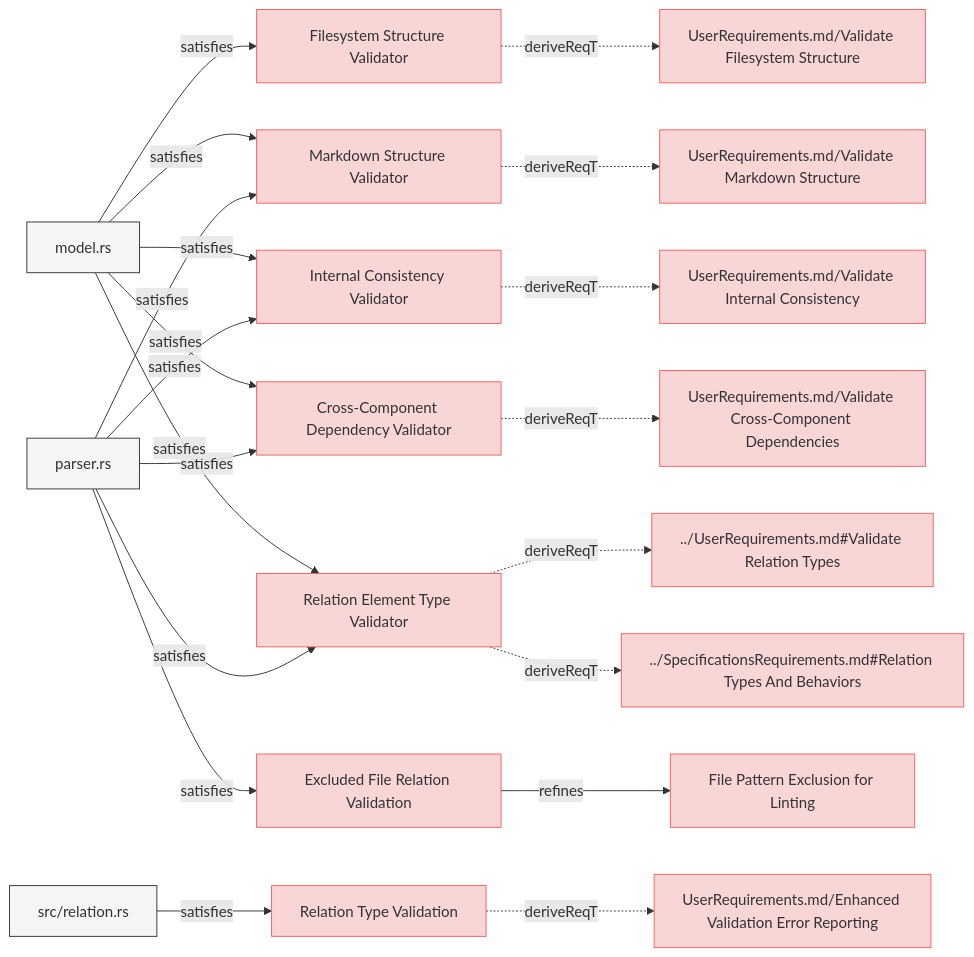
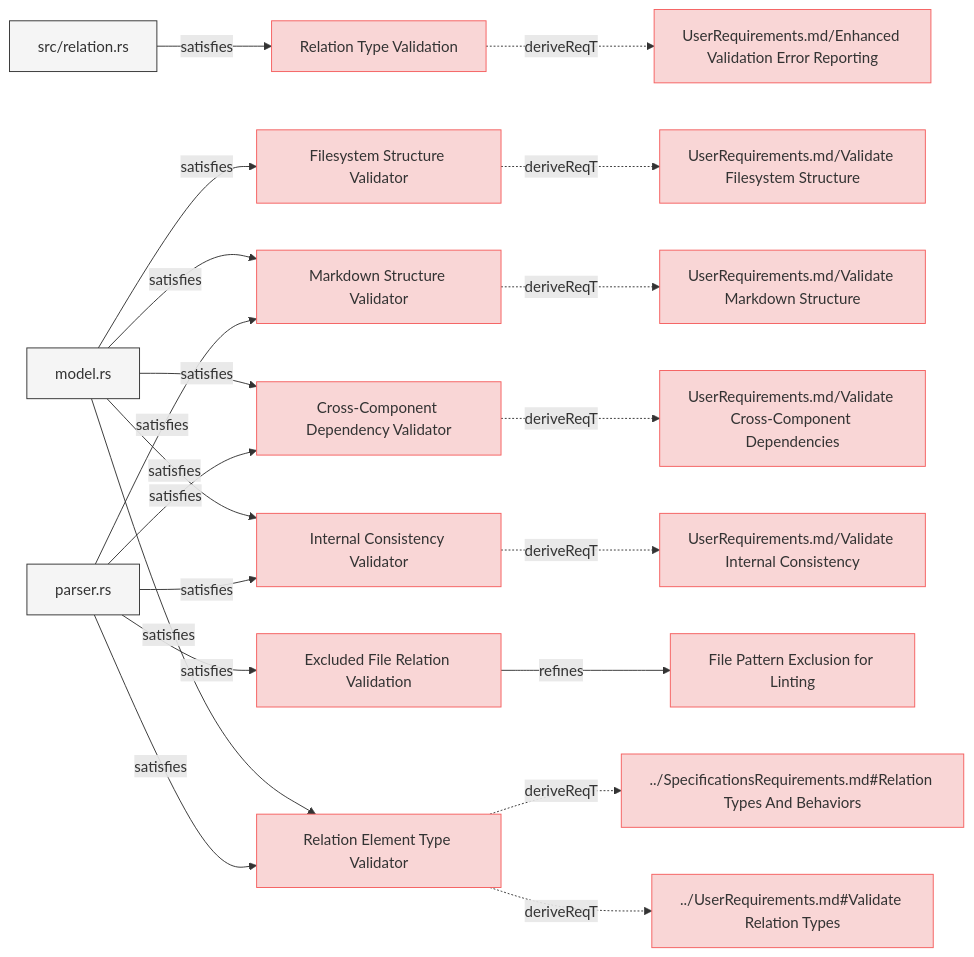
One commit to reqvire-org/reqvire changed the seventh of 8 diagrams in specifications/SystemRequirements/Requirements.md. Above: the diagram before and after it, drawn with Mermaid. The commit also changed other lines of this file and 17 other files, not shown here.

Commit message:
Auto-generate diagrams after PR merge to main

````diff
--- a/specifications/SystemRequirements/Requirements.md
+++ b/specifications/SystemRequirements/Requirements.md
@@ -894,82 +894,82 @@
 ```mermaid
 graph LR;
   %% Graph styling
   classDef requirement fill:#f9d6d6,stroke:#f55f5f,stroke-width:1px;
   classDef verification fill:#d6f9d6,stroke:#5fd75f,stroke-width:1px;
   classDef externalLink fill:#d0e0ff,stroke:#3080ff,stroke-width:1px;
   classDef default fill:#f5f5f5,stroke:#333333,stroke-width:1px;
 
-  ec201a112c9de469["Filesystem Structure Validator"];
-  click ec201a112c9de469 "https://github.com/ilijaljubicic/ReqFlow/blob/29a17f176519a28e973567d4102beb95f41075ed/specifications/SystemRequirements/Requirements.md#filesystem-structure-validator";
-  class ec201a112c9de469 requirement;
-  d834cc4bc9dbb07c["UserRequirements.md/Validate Filesystem Structure"];
-  class d834cc4bc9dbb07c requirement;
-  click d834cc4bc9dbb07c "https://github.com/ilijaljubicic/ReqFlow/blob/29a17f176519a28e973567d4102beb95f41075ed/specifications/UserRequirements.md#validate-filesystem-structure";
-  ec201a112c9de469 -.->|deriveReqT| d834cc4bc9dbb07c;
-  6136c216c9f80165["model.rs"];
-  class 6136c216c9f80165 default;
-  click 6136c216c9f80165 "https://github.com/ilijaljubicic/ReqFlow/blob/29a17f176519a28e973567d4102beb95f41075ed/core/src/model.rs";
-  6136c216c9f80165 -->|satisfies| ec201a112c9de469;
-  887db62e0fb2818d["Markdown Structure Validator"];
-  click 887db62e0fb2818d "https://github.com/ilijaljubicic/ReqFlow/blob/29a17f176519a28e973567d4102beb95f41075ed/specifications/SystemRequirements/Requirements.md#markdown-structure-validator";
-  class 887db62e0fb2818d requirement;
-  7b1772417b3ad5e["UserRequirements.md/Validate Markdown Structure"];
-  class 7b1772417b3ad5e requirement;
-  click 7b1772417b3ad5e "https://github.com/ilijaljubicic/ReqFlow/blob/29a17f176519a28e973567d4102beb95f41075ed/specifications/UserRequirements.md#validate-markdown-structure";
-  887db62e0fb2818d -.->|deriveReqT| 7b1772417b3ad5e;
-  6136c216c9f80165 -->|satisfies| 887db62e0fb2818d;
-  3b1e87396caf6495["parser.rs"];
-  class 3b1e87396caf6495 default;
-  click 3b1e87396caf6495 "https://github.com/ilijaljubicic/ReqFlow/blob/29a17f176519a28e973567d4102beb95f41075ed/core/src/parser.rs";
-  3b1e87396caf6495 -->|satisfies| 887db62e0fb2818d;
-  5870488e00ee4f36["Relation Type Validation"];
-  click 5870488e00ee4f36 "https://github.com/ilijaljubicic/ReqFlow/blob/29a17f176519a28e973567d4102beb95f41075ed/specifications/SystemRequirements/Requirements.md#relation-type-validation";
-  class 5870488e00ee4f36 requirement;
-  7cf5cf9900076be6["UserRequirements.md/Enhanced Validation Error Reporting"];
-  class 7cf5cf9900076be6 requirement;
-  click 7cf5cf9900076be6 "https://github.com/ilijaljubicic/ReqFlow/blob/29a17f176519a28e973567d4102beb95f41075ed/specifications/UserRequirements.md#enhanced-validation-error-reporting";
-  5870488e00ee4f36 -.->|deriveReqT| 7cf5cf9900076be6;
-  ed4f94bde93b51b2["src/relation.rs"];
-  class ed4f94bde93b51b2 default;
-  click ed4f94bde93b51b2 "https://github.com/ilijaljubicic/ReqFlow/blob/29a17f176519a28e973567d4102beb95f41075ed/core/src/relation.rs";
-  ed4f94bde93b51b2 -->|satisfies| 5870488e00ee4f36;
-  1c2e7c81f9f01e10["Internal Consistency Validator"];
-  click 1c2e7c81f9f01e10 "https://github.com/ilijaljubicic/ReqFlow/blob/29a17f176519a28e973567d4102beb95f41075ed/specifications/SystemRequirements/Requirements.md#internal-consistency-validator";
-  class 1c2e7c81f9f01e10 requirement;
-  9e524ac696c43a26["UserRequirements.md/Validate Internal Consistency"];
-  class 9e524ac696c43a26 requirement;
-  click 9e524ac696c43a26 "https://github.com/ilijaljubicic/ReqFlow/blob/29a17f176519a28e973567d4102beb95f41075ed/specifications/UserRequirements.md#validate-internal-consistency";
-  1c2e7c81f9f01e10 -.->|deriveReqT| 9e524ac696c43a26;
-  6136c216c9f80165 -->|satisfies| 1c2e7c81f9f01e10;
-  3b1e87396caf6495 -->|satisfies| 1c2e7c81f9f01e10;
-  c7d88aff4ec97281["Cross-Component Dependency Validator"];
-  click c7d88aff4ec97281 "https://github.com/ilijaljubicic/ReqFlow/blob/29a17f176519a28e973567d4102beb95f41075ed/specifications/SystemRequirements/Requirements.md#cross-component-dependency-validator";
-  class c7d88aff4ec97281 requirement;
-  6e40bf9f83a718fa["UserRequirements.md/Validate Cross-Component Dependencies"];
-  class 6e40bf9f83a718fa requirement;
-  click 6e40bf9f83a718fa "https://github.com/ilijaljubicic/ReqFlow/blob/29a17f176519a28e973567d4102beb95f41075ed/specifications/UserRequirements.md#validate-cross-component-dependencies";
-  c7d88aff4ec97281 -.->|deriveReqT| 6e40bf9f83a718fa;
-  6136c216c9f80165 -->|satisfies| c7d88aff4ec97281;
-  3b1e87396caf6495 -->|satisfies| c7d88aff4ec97281;
-  212d1317cd2b25fc["Relation Element Type Validator"];
-  click 212d1317cd2b25fc "https://github.com/ilijaljubicic/ReqFlow/blob/29a17f176519a28e973567d4102beb95f41075ed/specifications/SystemRequirements/Requirements.md#relation-element-type-validator";
-  class 212d1317cd2b25fc requirement;
-  e587d63764466914["../UserRequirements.md#Validate Relation Types"];
-  class e587d63764466914 requirement;
-  click e587d63764466914 "https://github.com/ilijaljubicic/ReqFlow/blob/29a17f176519a28e973567d4102beb95f41075ed/specifications/UserRequirements.md#validate-relation-types";
-  212d1317cd2b25fc -.->|deriveReqT| e587d63764466914;
-  4f0d2b5f5597a8c9["../SpecificationsRequirements.md#Relation Types And Behaviors"];
-  class 4f0d2b5f5597a8c9 requirement;
-  click 4f0d2b5f5597a8c9 "https://github.com/ilijaljubicic/ReqFlow/blob/29a17f176519a28e973567d4102beb95f41075ed/specifications/SpecificationsRequirements.md#relation-types-and-behaviors";
-  212d1317cd2b25fc -.->|deriveReqT| 4f0d2b5f5597a8c9;
-  6136c216c9f80165 -->|satisfies| 212d1317cd2b25fc;
-  3b1e87396caf6495 -->|satisfies| 212d1317cd2b25fc;
-  c5c85bedd1cf11e6["Excluded File Relation Validation"];
-  click c5c85bedd1cf11e6 "https://github.com/ilijaljubicic/ReqFlow/blob/29a17f176519a28e973567d4102beb95f41075ed/specifications/SystemRequirements/Requirements.md#excluded-file-relation-validation";
-  class c5c85bedd1cf11e6 requirement;
-  45770e9b319d3819["File Pattern Exclusion for Linting"];
-  class 45770e9b319d3819 requirement;
-  click 45770e9b319d3819 "https://github.com/ilijaljubicic/ReqFlow/blob/29a17f176519a28e973567d4102beb95f41075ed/specifications/SystemRequirements/Requirements.md#file-pattern-exclusion-for-linting";
-  c5c85bedd1cf11e6 -->|refines| 45770e9b319d3819;
-  3b1e87396caf6495 -->|satisfies| c5c85bedd1cf11e6;
+  7390fcf6e2c328f4["Relation Type Validation"];
+  click 7390fcf6e2c328f4 "https://github.com/ilijaljubicic/ReqFlow/blob/73d5ae1d93adea71fdf4cc508be4d1ae09be068f/specifications/SystemRequirements/Requirements.md#relation-type-validation";
+  class 7390fcf6e2c328f4 requirement;
+  ad1bea65795cf377["UserRequirements.md/Enhanced Validation Error Reporting"];
+  class ad1bea65795cf377 requirement;
+  click ad1bea65795cf377 "https://github.com/ilijaljubicic/ReqFlow/blob/73d5ae1d93adea71fdf4cc508be4d1ae09be068f/specifications/UserRequirements.md#enhanced-validation-error-reporting";
+  7390fcf6e2c328f4 -.->|deriveReqT| ad1bea65795cf377;
+  79753a9e8064fc6f["src/relation.rs"];
+  class 79753a9e8064fc6f default;
+  click 79753a9e8064fc6f "https://github.com/ilijaljubicic/ReqFlow/blob/73d5ae1d93adea71fdf4cc508be4d1ae09be068f/core/src/relation.rs";
+  79753a9e8064fc6f -->|satisfies| 7390fcf6e2c328f4;
+  9b1583400f6bf5ee["Relation Element Type Validator"];
+  click 9b1583400f6bf5ee "https://github.com/ilijaljubicic/ReqFlow/blob/73d5ae1d93adea71fdf4cc508be4d1ae09be068f/specifications/SystemRequirements/Requirements.md#relation-element-type-validator";
+  class 9b1583400f6bf5ee requirement;
+  d5b992a94f4d6669["../UserRequirements.md#Validate Relation Types"];
+  class d5b992a94f4d6669 requirement;
+  click d5b992a94f4d6669 "https://github.com/ilijaljubicic/ReqFlow/blob/73d5ae1d93adea71fdf4cc508be4d1ae09be068f/specifications/UserRequirements.md#validate-relation-types";
+  9b1583400f6bf5ee -.->|deriveReqT| d5b992a94f4d6669;
+  fc5be549cefb3c18["../SpecificationsRequirements.md#Relation Types And Behaviors"];
+  class fc5be549cefb3c18 requirement;
+  click fc5be549cefb3c18 "https://github.com/ilijaljubicic/ReqFlow/blob/73d5ae1d93adea71fdf4cc508be4d1ae09be068f/specifications/SpecificationsRequirements.md#relation-types-and-behaviors";
+  9b1583400f6bf5ee -.->|deriveReqT| fc5be549cefb3c18;
+  9efd257c4e6a45f9["model.rs"];
+  class 9efd257c4e6a45f9 default;
+  click 9efd257c4e6a45f9 "https://github.com/ilijaljubicic/ReqFlow/blob/73d5ae1d93adea71fdf4cc508be4d1ae09be068f/core/src/model.rs";
+  9efd257c4e6a45f9 -->|satisfies| 9b1583400f6bf5ee;
+  f92be9685a777557["parser.rs"];
+  class f92be9685a777557 default;
+  click f92be9685a777557 "https://github.com/ilijaljubicic/ReqFlow/blob/73d5ae1d93adea71fdf4cc508be4d1ae09be068f/core/src/parser.rs";
+  f92be9685a777557 -->|satisfies| 9b1583400f6bf5ee;
+  7935aaa03aa8e66b["Internal Consistency Validator"];
+  click 7935aaa03aa8e66b "https://github.com/ilijaljubicic/ReqFlow/blob/73d5ae1d93adea71fdf4cc508be4d1ae09be068f/specifications/SystemRequirements/Requirements.md#internal-consistency-validator";
+  class 7935aaa03aa8e66b requirement;
+  38ec9e189e6980d7["UserRequirements.md/Validate Internal Consistency"];
+  class 38ec9e189e6980d7 requirement;
+  click 38ec9e189e6980d7 "https://github.com/ilijaljubicic/ReqFlow/blob/73d5ae1d93adea71fdf4cc508be4d1ae09be068f/specifications/UserRequirements.md#validate-internal-consistency";
+  7935aaa03aa8e66b -.->|deriveReqT| 38ec9e189e6980d7;
+  9efd257c4e6a45f9 -->|satisfies| 7935aaa03aa8e66b;
+  f92be9685a777557 -->|satisfies| 7935aaa03aa8e66b;
+  7b4503ebc3c5f5a9["Cross-Component Dependency Validator"];
+  click 7b4503ebc3c5f5a9 "https://github.com/ilijaljubicic/ReqFlow/blob/73d5ae1d93adea71fdf4cc508be4d1ae09be068f/specifications/SystemRequirements/Requirements.md#cross-component-dependency-validator";
+  class 7b4503ebc3c5f5a9 requirement;
+  a6c1d4d1f6866aa8["UserRequirements.md/Validate Cross-Component Dependencies"];
+  class a6c1d4d1f6866aa8 requirement;
+  click a6c1d4d1f6866aa8 "https://github.com/ilijaljubicic/ReqFlow/blob/73d5ae1d93adea71fdf4cc508be4d1ae09be068f/specifications/UserRequirements.md#validate-cross-component-dependencies";
+  7b4503ebc3c5f5a9 -.->|deriveReqT| a6c1d4d1f6866aa8;
+  9efd257c4e6a45f9 -->|satisfies| 7b4503ebc3c5f5a9;
+  f92be9685a777557 -->|satisfies| 7b4503ebc3c5f5a9;
+  8e8279e74b2e2559["Excluded File Relation Validation"];
+  click 8e8279e74b2e2559 "https://github.com/ilijaljubicic/ReqFlow/blob/73d5ae1d93adea71fdf4cc508be4d1ae09be068f/specifications/SystemRequirements/Requirements.md#excluded-file-relation-validation";
+  class 8e8279e74b2e2559 requirement;
+  c2d5791e32e75081["File Pattern Exclusion for Linting"];
+  class c2d5791e32e75081 requirement;
+  click c2d5791e32e75081 "https://github.com/ilijaljubicic/ReqFlow/blob/73d5ae1d93adea71fdf4cc508be4d1ae09be068f/specifications/SystemRequirements/Requirements.md#file-pattern-exclusion-for-linting";
+  8e8279e74b2e2559 -->|refines| c2d5791e32e75081;
+  f92be9685a777557 -->|satisfies| 8e8279e74b2e2559;
+  262d5293f581f05["Markdown Structure Validator"];
+  click 262d5293f581f05 "https://github.com/ilijaljubicic/ReqFlow/blob/73d5ae1d93adea71fdf4cc508be4d1ae09be068f/specifications/SystemRequirements/Requirements.md#markdown-structure-validator";
+  class 262d5293f581f05 requirement;
+  cc431fdb7d8cadde["UserRequirements.md/Validate Markdown Structure"];
+  class cc431fdb7d8cadde requirement;
+  click cc431fdb7d8cadde "https://github.com/ilijaljubicic/ReqFlow/blob/73d5ae1d93adea71fdf4cc508be4d1ae09be068f/specifications/UserRequirements.md#validate-markdown-structure";
+  262d5293f581f05 -.->|deriveReqT| cc431fdb7d8cadde;
+  9efd257c4e6a45f9 -->|satisfies| 262d5293f581f05;
+  f92be9685a777557 -->|satisfies| 262d5293f581f05;
+  9b1401003376cb94["Filesystem Structure Validator"];
+  click 9b1401003376cb94 "https://github.com/ilijaljubicic/ReqFlow/blob/73d5ae1d93adea71fdf4cc508be4d1ae09be068f/specifications/SystemRequirements/Requirements.md#filesystem-structure-validator";
+  class 9b1401003376cb94 requirement;
+  c95011b2518dcd9d["UserRequirements.md/Validate Filesystem Structure"];
+  class c95011b2518dcd9d requirement;
+  click c95011b2518dcd9d "https://github.com/ilijaljubicic/ReqFlow/blob/73d5ae1d93adea71fdf4cc508be4d1ae09be068f/specifications/UserRequirements.md#validate-filesystem-structure";
+  9b1401003376cb94 -.->|deriveReqT| c95011b2518dcd9d;
+  9efd257c4e6a45f9 -->|satisfies| 9b1401003376cb94;
 ```
````
